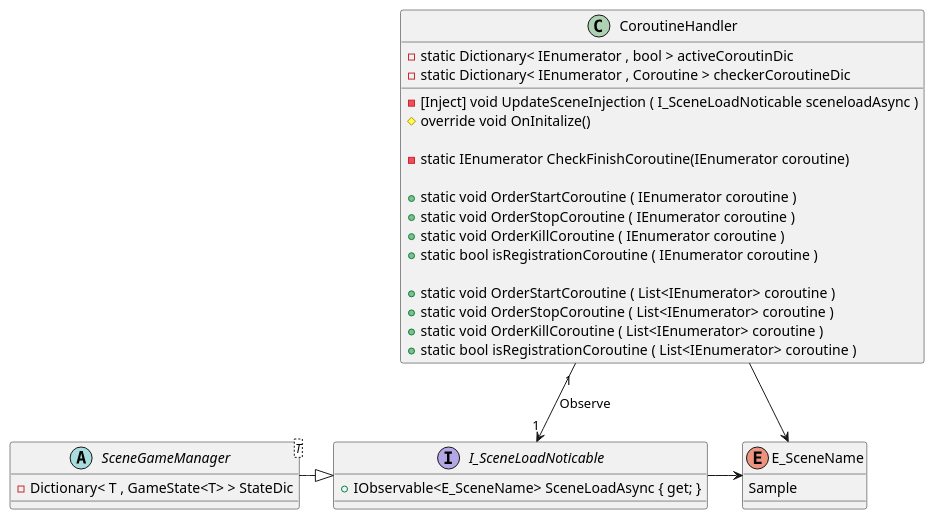
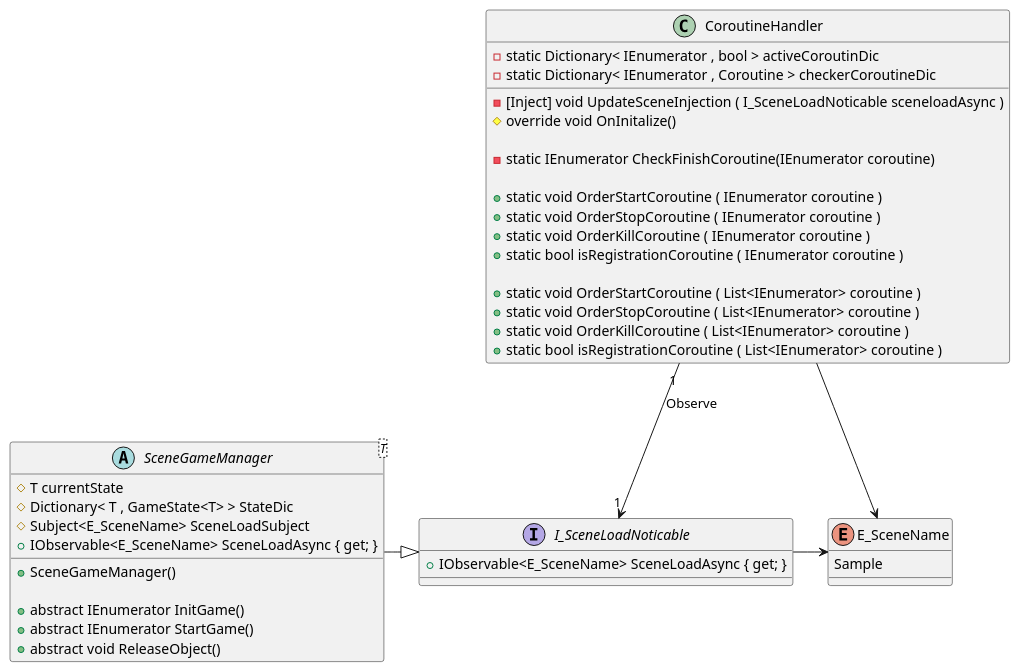
Before and after one commit to tezumozu/GameAsetsDev: the diagram in Unity/Unity1weekAsets/Assets/Script/GameSystems/ver4.0/UML/CoroutineHandler/CoroutineHandler.pu, drawn with PlantUML. The commit also changed 43 other files, not shown here.

Commit message:
Update v4 : GameLoopManager , GameManager , Sample

```diff
--- a/Unity/Unity1weekAsets/Assets/Script/GameSystems/ver4.0/UML/CoroutineHandler/CoroutineHandler.pu
+++ b/Unity/Unity1weekAsets/Assets/Script/GameSystems/ver4.0/UML/CoroutineHandler/CoroutineHandler.pu
@@ -1,45 +1,54 @@
 @startuml CoroutineHanderClass
 
 class CoroutineHandler {
 
     - static Dictionary< IEnumerator , bool > activeCoroutinDic
     - static Dictionary< IEnumerator , Coroutine > checkerCoroutineDic
 
     - [Inject] void UpdateSceneInjection ( I_SceneLoadNoticable sceneloadAsync )
     # override void OnInitalize()
 
     - static IEnumerator CheckFinishCoroutine(IEnumerator coroutine)
 
     + static void OrderStartCoroutine ( IEnumerator coroutine )
     + static void OrderStopCoroutine ( IEnumerator coroutine )
     + static void OrderKillCoroutine ( IEnumerator coroutine )
     + static bool isRegistrationCoroutine ( IEnumerator coroutine )
 
     + static void OrderStartCoroutine ( List<IEnumerator> coroutine )
     + static void OrderStopCoroutine ( List<IEnumerator> coroutine )
     + static void OrderKillCoroutine ( List<IEnumerator> coroutine )
     + static bool isRegistrationCoroutine ( List<IEnumerator> coroutine )
 
 }
 
 
 interface I_SceneLoadNoticable{
     + IObservable<E_SceneName> SceneLoadAsync { get; }
 }
 
 
 enum E_SceneName{
     Sample
 }
 
 abstract class SceneGameManager<T>{
-    - Dictionary< T , GameState<T> > StateDic
+    # T currentState
+    # Dictionary< T , GameState<T> > StateDic
+    # Subject<E_SceneName> SceneLoadSubject
+    + IObservable<E_SceneName> SceneLoadAsync { get; }
+
+    + SceneGameManager()
+
+    + abstract IEnumerator InitGame()
+    + abstract IEnumerator StartGame()
+    + abstract void ReleaseObject()
 }
 
 
 CoroutineHandler "1" --> "1" I_SceneLoadNoticable : Observe
 E_SceneName <-left- CoroutineHandler
 E_SceneName <-left- I_SceneLoadNoticable
 SceneGameManager -right-|> I_SceneLoadNoticable
 
 @enduml
```
